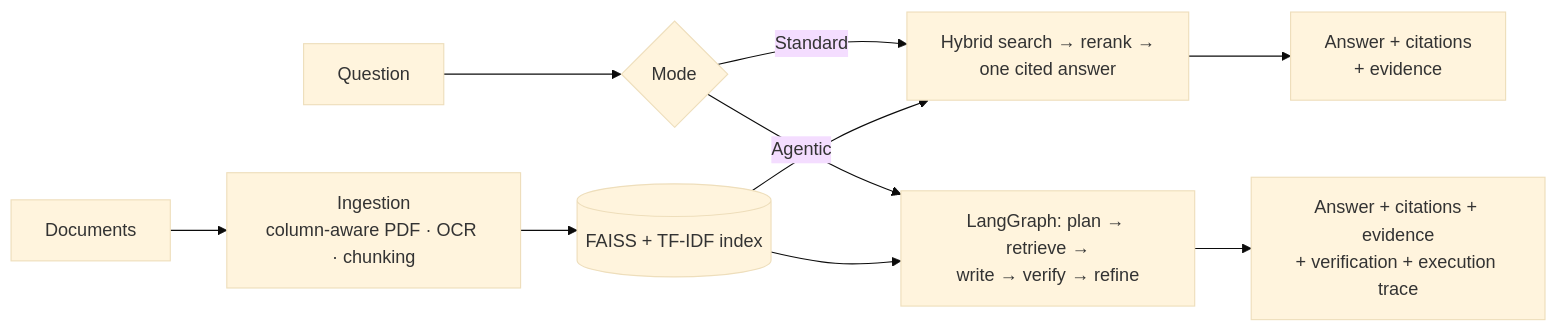
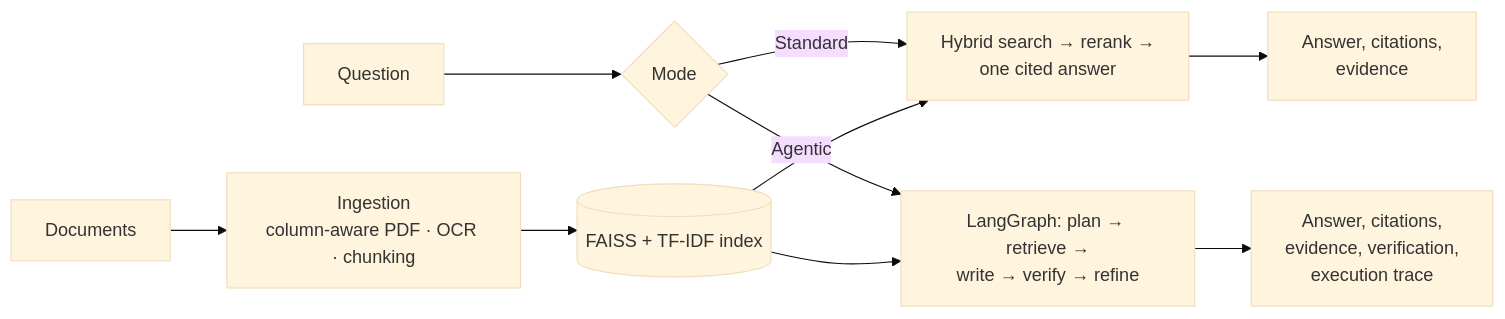
The diagram in README.md (Namantyagi2727/ragbase), drawn with Mermaid (base theme) before and after one commit. The commit also changed 1 other file, not shown here.

Commit message:
Tidy two diagrams after checking GitHub's rendering
The README overview's last node was clipped and the first architecture
diagram sprawled; both now use shorter labels and a simpler layout.

````diff
--- a/README.md
+++ b/README.md
@@ -68,12 +68,12 @@
 ```mermaid
 flowchart LR
     D["Documents"] --> I["Ingestion<br/>column-aware PDF · OCR · chunking"]
     I --> X[("FAISS + TF-IDF index")]
     Q["Question"] --> M{"Mode"}
     M -->|Standard| S["Hybrid search → rerank →<br/>one cited answer"]
     M -->|Agentic| A["LangGraph: plan → retrieve →<br/>write → verify → refine"]
     X --> S
     X --> A
-    S --> O["Answer + citations<br/>+ evidence"]
-    A --> O2["Answer + citations + evidence<br/>+ verification + execution trace"]
+    S --> O["Answer, citations,<br/>evidence"]
+    A --> O2["Answer, citations,<br/>evidence, verification,<br/>execution trace"]
 ```
````
